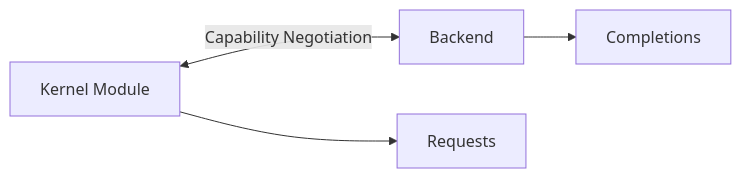
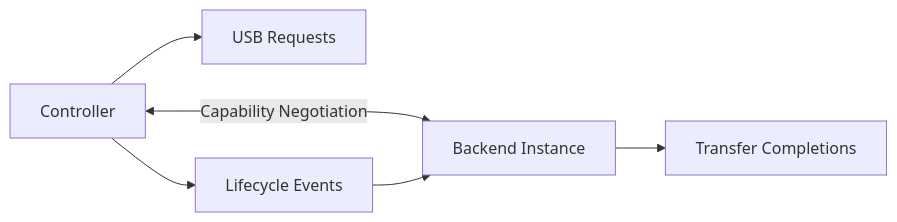
The eighth of 11 diagrams in doc/requirements/backend-requirements.md (RomanBuchert/VirtUSB), drawn with Mermaid before and after one commit. The commit also changed other lines of this file and 6 other files, not shown here.

First line of the commit message:
docs: refine architecture and requirements documentation (WIP)

````diff
--- a/doc/requirements/backend-requirements.md
+++ b/doc/requirements/backend-requirements.md
@@ -451,7 +578,13 @@
 ```mermaid
 flowchart LR
-    K[Kernel Module] <-- Capability Negotiation --> B[Backend]
 
-    K --> R[Requests]
-    B --> C[Completions]
+   controller["Controller"]
+   backend["Backend Instance"]
+
+   controller <-- Capability Negotiation --> backend
+
+   controller --> requests["USB Requests"]
+   backend --> completions["Transfer Completions"]
+   controller --> events["Lifecycle Events"]
+   events --> backend
 ```
````
